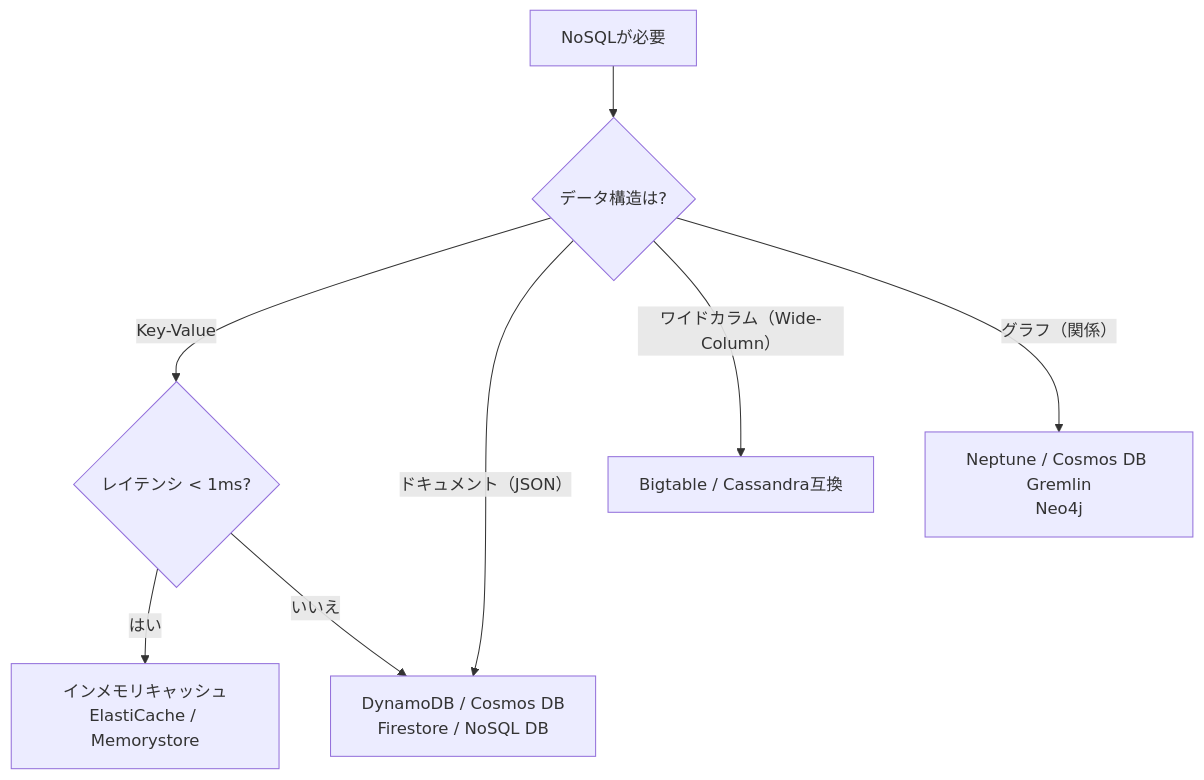
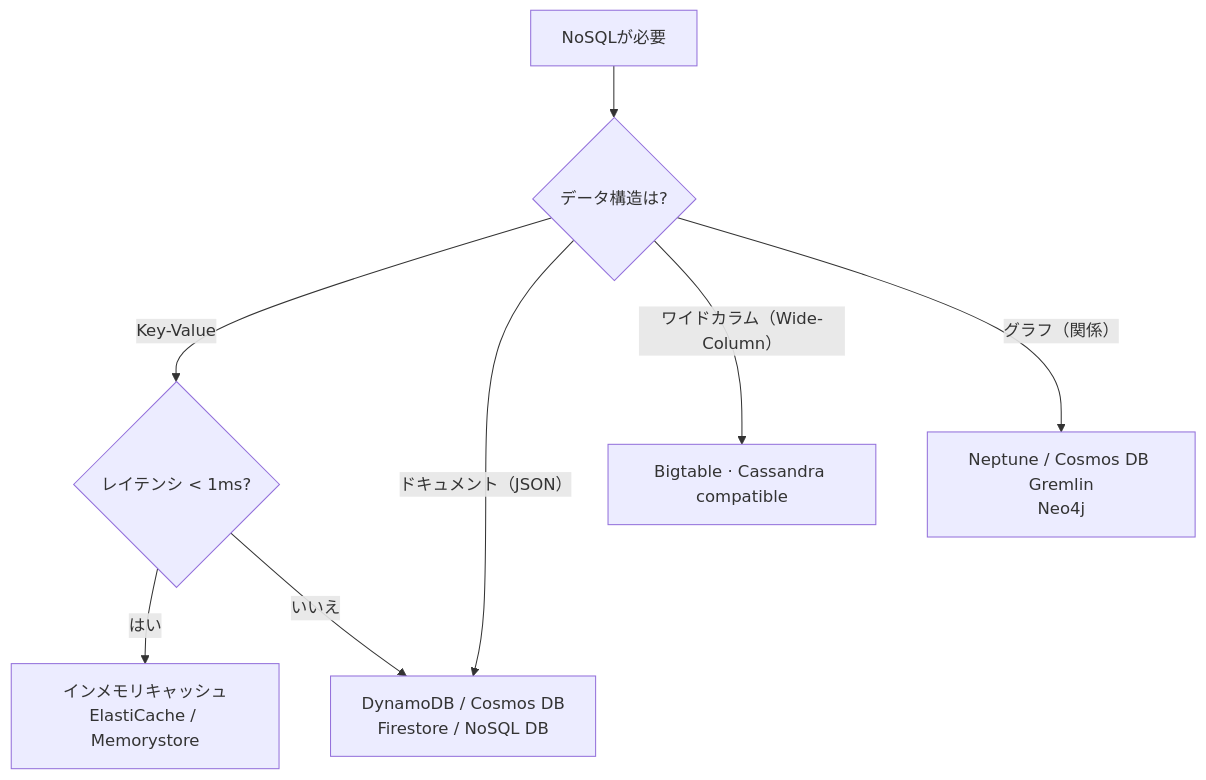
Before and after one commit to cloudpickr/cloudpick-docs: the diagram in src/content/docs/ja/database/nosql.md, drawn with Mermaid. The commit also changed 29 other files, not shown here.

First line of the commit message:
fix: Mermaid 전수조사 — 노드 라벨 슬래시 13건 수정 (ko/en/ja)

````diff
--- a/src/content/docs/ja/database/nosql.md
+++ b/src/content/docs/ja/database/nosql.md
@@ -93,10 +93,10 @@
 ```mermaid
 flowchart TD
     A[NoSQLが必要] --> B{データ構造は?}
     B -->|Key-Value| C{レイテンシ < 1ms?}
     B -->|ドキュメント（JSON）| D[DynamoDB / Cosmos DB<br/>Firestore / NoSQL DB]
-    B -->|ワイドカラム（Wide-Column）| E[Bigtable / Cassandra互換]
+    B -->|ワイドカラム（Wide-Column）| E[Bigtable · Cassandra compatible]
     B -->|グラフ（関係）| F[Neptune / Cosmos DB Gremlin<br/>Neo4j]
     C -->|はい| G[インメモリキャッシュ<br/>ElastiCache / Memorystore]
     C -->|いいえ| D
 ```
````
